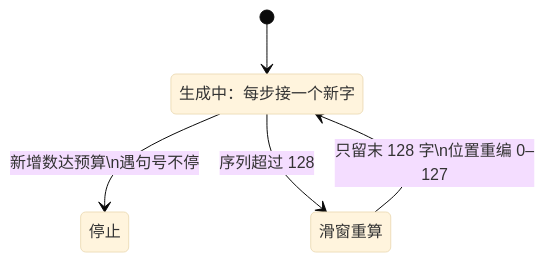
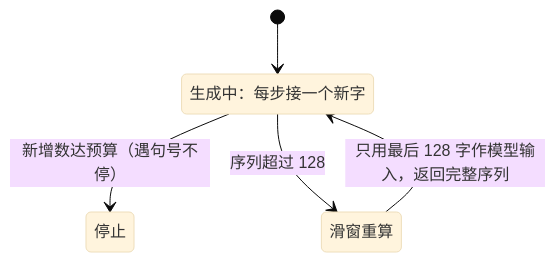
One commit to cluster1900/zero2llm changed the fourth of 4 diagrams in chapters/08_baby_transformer.md. Above: the diagram before and after it, drawn with Mermaid (base theme). The commit also changed other lines of this file and 29 other files, not shown here.

First line of the commit message:
D5 review fix: d_ff^SwiGLU / d_h labels; MLA/YaRN/length/stop diagram logic

````diff
--- a/chapters/08_baby_transformer.md
+++ b/chapters/08_baby_transformer.md
@@ -205,10 +207,10 @@
 ```mermaid
 stateDiagram-v2
     %% id: p08-generate-stop
     accTitle: S0 生成循环：预算停、句号不停、超长就滑窗重算
-    accDescr: 生成中每步接一个新字；新增数达预算就停且遇句号不停；序列超过 128 时只留末 128 字并把位置重编为 0–127，整段重算后继续。
+    accDescr: 生成中每步接一个新字；新增数达预算就停且遇句号不停；序列超过 128 时只用最后 128 字作模型输入并把位置重编为 0–127，返回仍是完整序列。
     [*] --> 生成中：每步接一个新字
-    生成中：每步接一个新字 --> 停止: 新增数达预算\n遇句号不停
+    生成中：每步接一个新字 --> 停止: 新增数达预算（遇句号不停）
     生成中：每步接一个新字 --> 滑窗重算: 序列超过 128
-    滑窗重算 --> 生成中：每步接一个新字: 只留末 128 字\n位置重编 0–127
+    滑窗重算 --> 生成中：每步接一个新字: 只用最后 128 字作模型输入，返回完整序列
 ```
````
